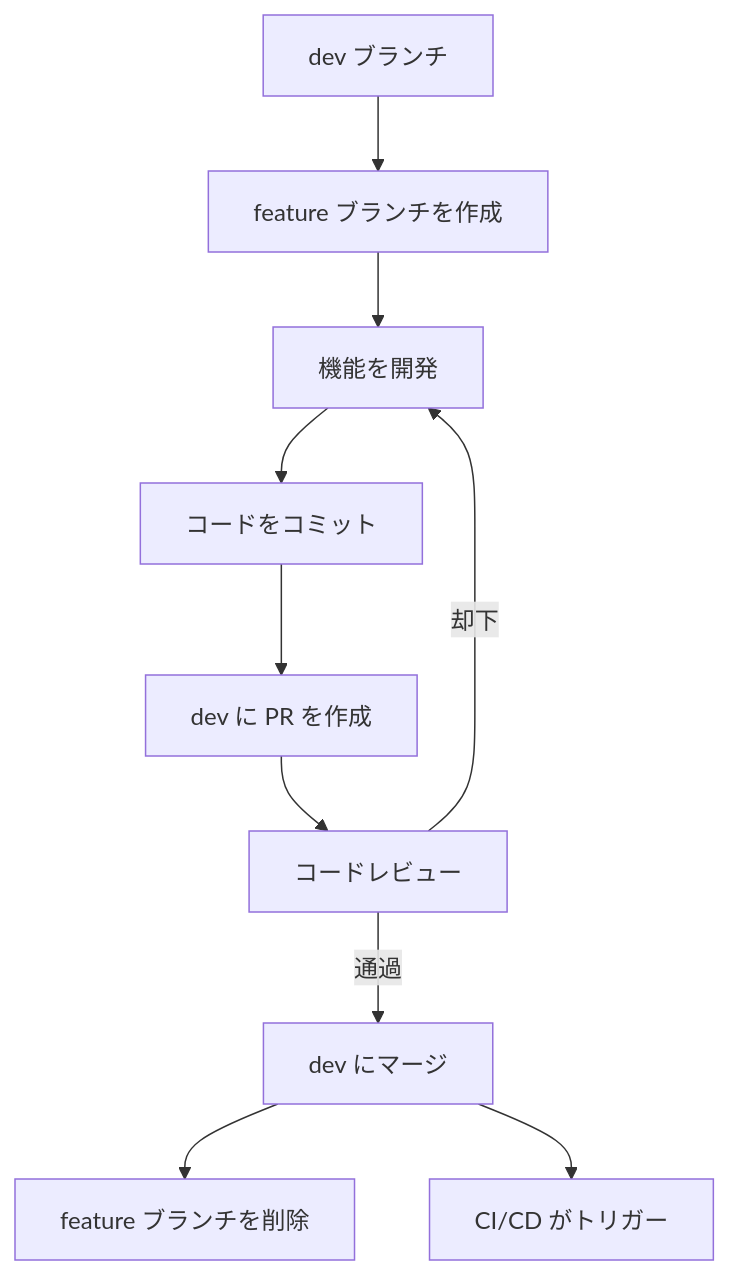
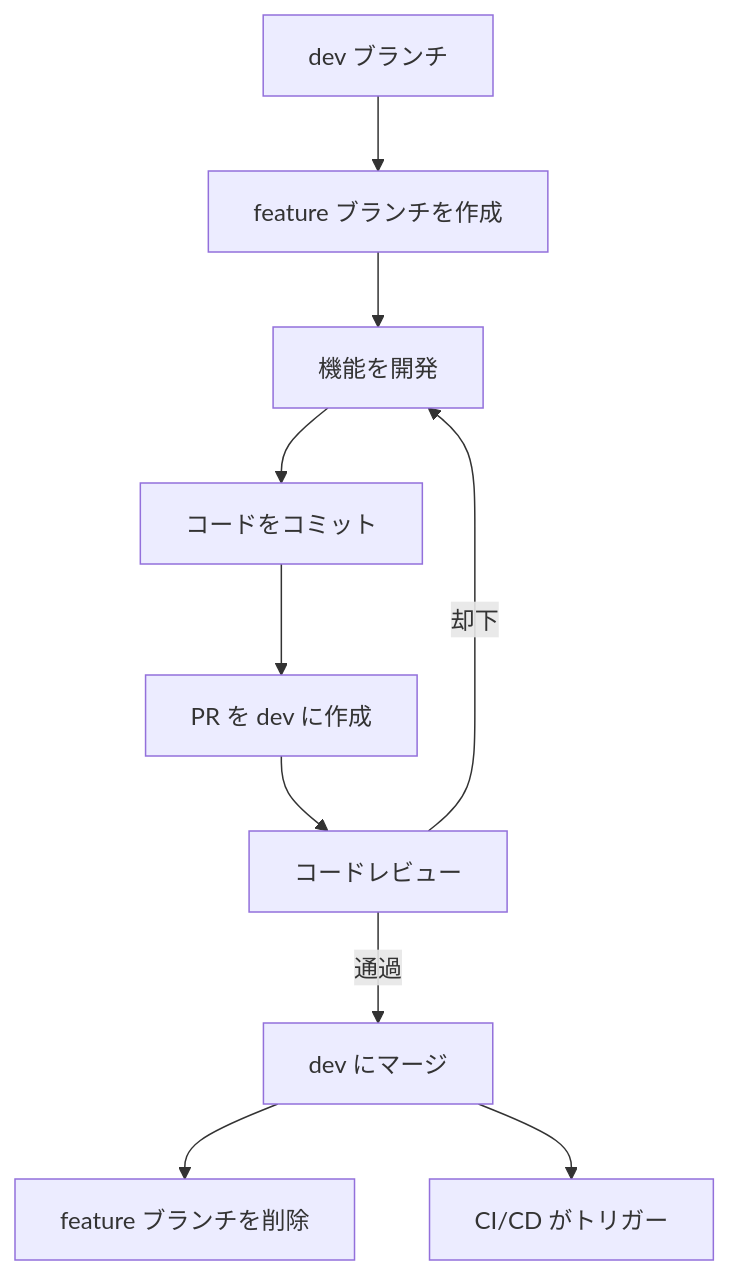
Before and after one commit to ChenXu233/YaoXiang: the first of 3 diagrams in docs/src/ja/dev/branch-maintenance-guide.md, drawn with Mermaid. The commit also changed other lines of this file and 392 other files, not shown here.

````diff
--- a/docs/src/ja/dev/branch-maintenance-guide.md
+++ b/docs/src/ja/dev/branch-maintenance-guide.md
@@ -154,12 +152,12 @@
 ```mermaid
 graph TD
     A[dev ブランチ] --> B[feature ブランチを作成]
     B --> C[機能を開発]
     C --> D[コードをコミット]
-    D --> E[dev に PR を作成]
+    D --> E[PR を dev に作成]
     E --> F[コードレビュー]
     F -->|通過| G[dev にマージ]
     F -->|却下| C
     G --> H[feature ブランチを削除]
     G --> I[CI/CD がトリガー]
 ```
````
